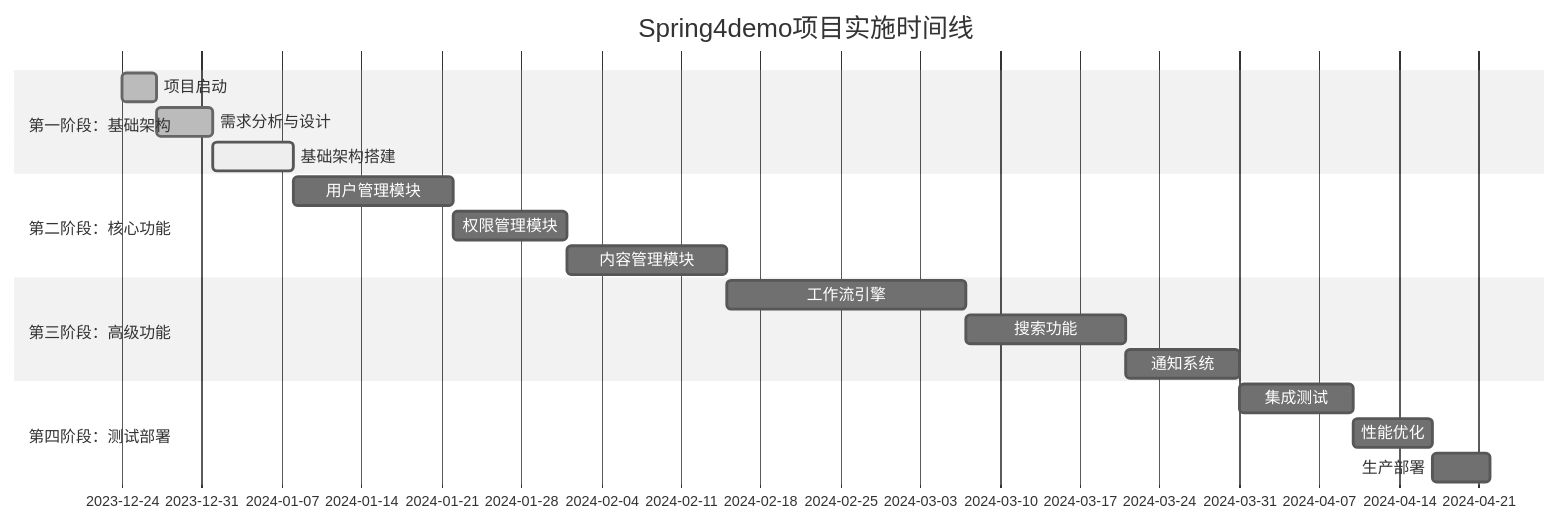
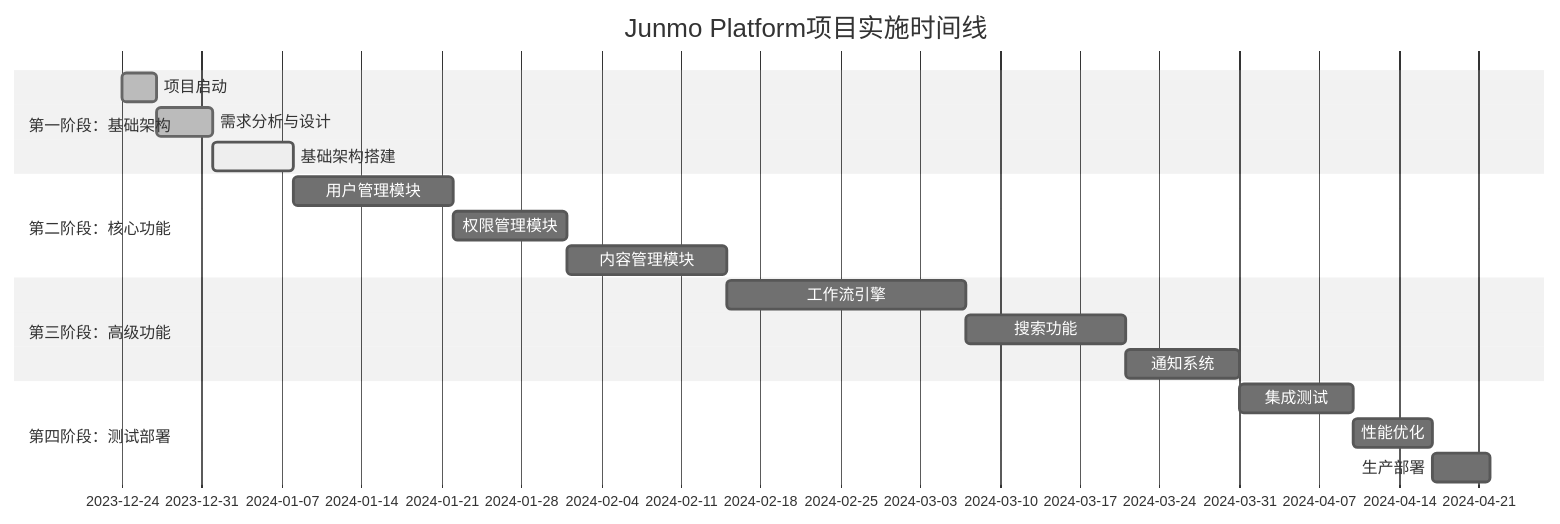
The second of 4 diagrams in docs/03-实施支撑层/15-实施方案设计.md (ylzyd12345/springboot-study), drawn with Mermaid (neutral theme) before and after one commit. The commit also changed other lines of this file and 63 other files, not shown here.

````diff
--- a/docs/03-实施支撑层/15-实施方案设计.md
+++ b/docs/03-实施支撑层/15-实施方案设计.md
@@ -67,24 +67,24 @@
 ```mermaid
 gantt
-    title Spring4demo项目实施时间线
+    title Junmo Platform项目实施时间线
     dateFormat  YYYY-MM-DD
     section 第一阶段：基础架构
     项目启动           :done, init, 2023-12-24, 3d
     需求分析与设计     :done, analysis, after init, 5d
     基础架构搭建       :active, infra, after analysis, 7d
     
     section 第二阶段：核心功能
     用户管理模块       :user, after infra, 14d
     权限管理模块       :permission, after user, 10d
     内容管理模块       :content, after permission, 14d
     
     section 第三阶段：高级功能
     工作流引擎         :workflow, after content, 21d
     搜索功能          :search, after workflow, 14d
     通知系统          :notification, after search, 10d
     
     section 第四阶段：测试部署
     集成测试          :testing, after notification, 10d
     性能优化          :optimization, after testing, 7d
     生产部署          :deployment, after optimization, 5d
 ```
````
